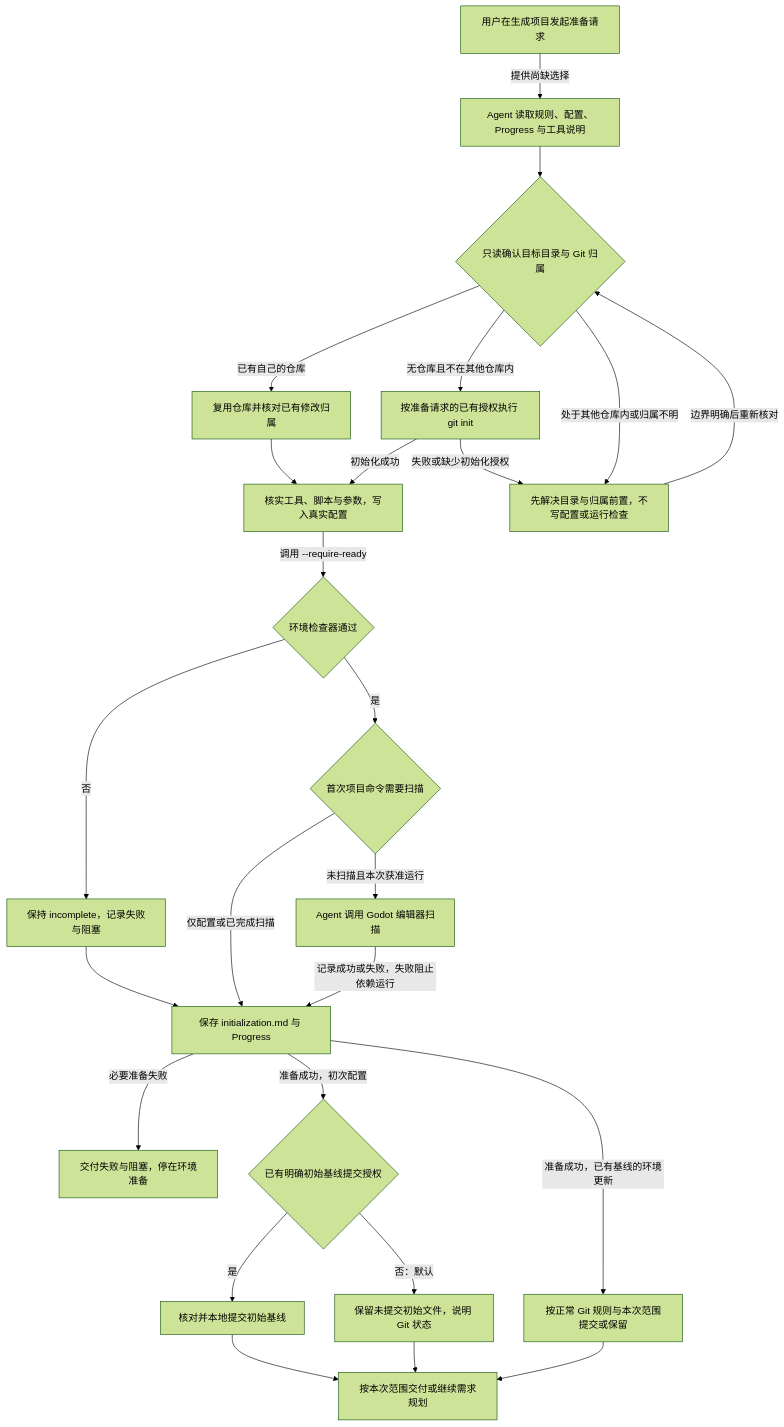
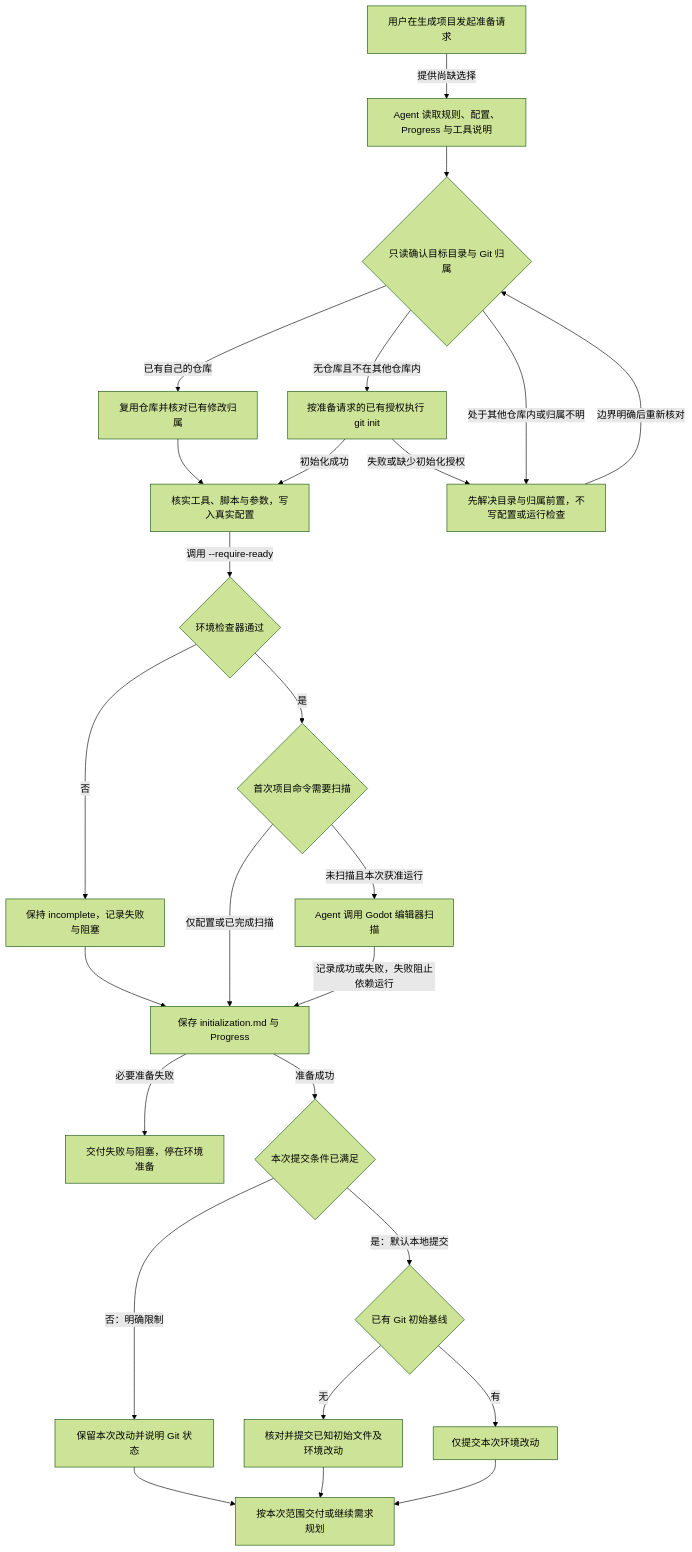
Before and after one commit to yxy823/Game_idle_yaya_frame: the diagram in framework/docs/blank-project/getting-started/first-use.md, drawn with Mermaid (forest theme). The commit also changed other lines of this file and 7 other files, not shown here.

````diff
--- a/framework/docs/blank-project/getting-started/first-use.md
+++ b/framework/docs/blank-project/getting-started/first-use.md
@@ -9,27 +9,28 @@
 ```mermaid
 flowchart TD
     U[用户在生成项目发起准备请求] -->|提供尚缺选择| A[Agent 读取规则、配置、Progress 与工具说明]
     A --> O{只读确认目标目录与 Git 归属}
     O -->|已有自己的仓库| E[复用仓库并核对已有修改归属]
     O -->|无仓库且不在其他仓库内| I[按准备请求的已有授权执行 git init]
     O -->|处于其他仓库内或归属不明| X[先解决目录与归属前置，不写配置或运行检查]
     X -->|边界明确后重新核对| O
     E --> C[核实工具、脚本与参数，写入真实配置]
     I -->|初始化成功| C
     I -->|失败或缺少初始化授权| X
     C -->|调用 --require-ready| V{环境检查器通过}
     V -->|否| F[保持 incomplete，记录失败与阻塞]
     V -->|是| S{首次项目命令需要扫描}
     S -->|仅配置或已完成扫描| R[保存 initialization.md 与 Progress]
     S -->|未扫描且本次获准运行| G[Agent 调用 Godot 编辑器扫描]
     G -->|记录成功或失败，失败阻止依赖运行| R
     F --> R
     R -->|必要准备失败| Z[交付失败与阻塞，停在环境准备]
-    R -->|准备成功，初次配置| B{已有明确初始基线提交授权}
-    R -->|准备成功，已有基线的环境更新| T[按正常 Git 规则与本次范围提交或保留]
-    B -->|是| K[核对并本地提交初始基线]
-    B -->|否：默认| W[保留未提交初始文件，说明 Git 状态]
+    R -->|准备成功| B{本次提交条件已满足}
+    B -->|否：明确限制| W[保留本次改动并说明 Git 状态]
+    B -->|是：默认本地提交| H{已有 Git 初始基线}
+    H -->|无| K[核对并提交已知初始文件及环境改动]
+    H -->|有| T[仅提交本次环境改动]
     K --> N[按本次范围交付或继续需求规划]
     W --> N
     T --> N
 ```
````
